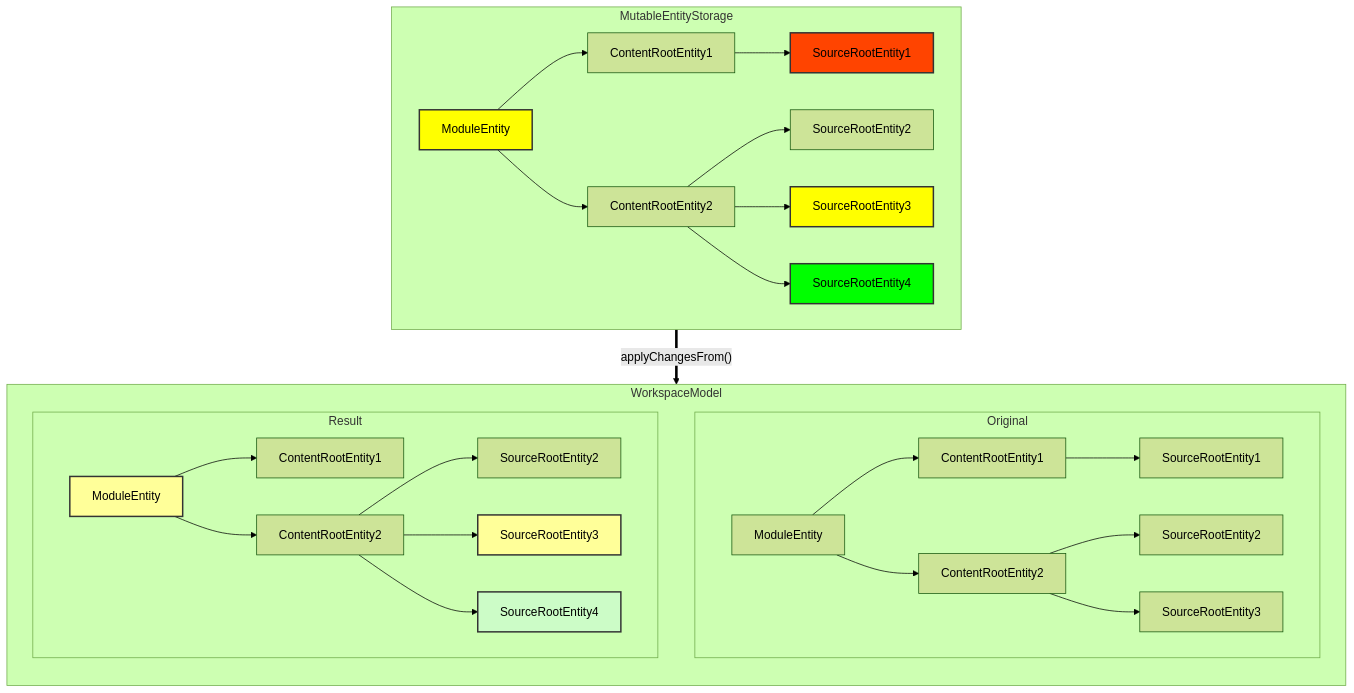
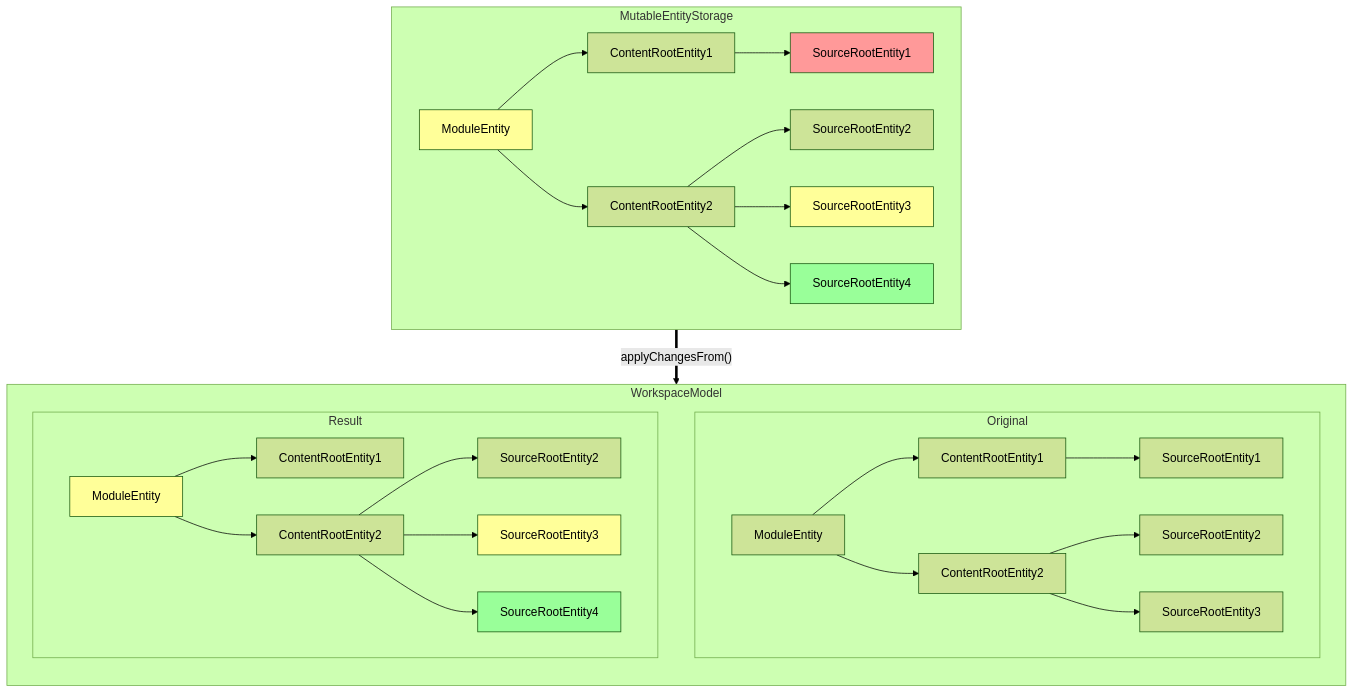
One commit to JetBrains/intellij-sdk-docs changed the first of 2 diagrams in topics/reference_guide/workspace_model/workspace_model_entity_mutation.md. Above: the diagram before and after it, drawn with Mermaid (forest theme). The commit also changed other lines of this file, not shown here.

Commit message:
workspace_model_entity_mutation.md: cleanup graphs

````diff
--- a/topics/reference_guide/workspace_model/workspace_model_entity_mutation.md
+++ b/topics/reference_guide/workspace_model/workspace_model_entity_mutation.md
@@ -136,53 +136,53 @@
 ```mermaid
 flowchart
     subgraph WorkspaceModel
         direction TB
         subgraph Original
             ModuleEntity --> ContentRootEntity1
             ModuleEntity --> ContentRootEntity2
             ContentRootEntity1 --> SourceRootEntity1
             ContentRootEntity2 --> SourceRootEntity2
             ContentRootEntity2 --> SourceRootEntity3
         end
 
         subgraph Result
             l[ModuleEntity]
             m[ContentRootEntity1]
             n[ContentRootEntity2]
             p[SourceRootEntity2]
             q[SourceRootEntity3]
             r[SourceRootEntity4]
             l --> m
             l --> n
             n --> p
             n --> q
             n --> r
-            style l fill: #FF9, stroke: #333, stroke-width: 2px
-            style q fill: #FF9, stroke: #333, stroke-width: 2px
-            style r fill: #CCFCC7, stroke: #333, stroke-width: 2px
+            style l fill: #FF9
+            style q fill: #FF9
+            style r fill: #9F9
         end
 
     end
 
     subgraph MutableEntityStorage
         a[ModuleEntity]
         b[ContentRootEntity1]
         d[ContentRootEntity2]
         c[SourceRootEntity1]
         e[SourceRootEntity2]
         k[SourceRootEntity3]
         f[SourceRootEntity4]
         a --> b
         a --> d
         b --> c
         d --> e
         d --> k
         d --> f
-        style c fill: #F40, stroke: #333, stroke-width: 2px
-        style a fill: #FF0, stroke: #333, stroke-width: 2px
-        style k fill: #FF0, stroke: #333, stroke-width: 2px
-        style f fill: #0F0, stroke: #333, stroke-width: 2px
+        style c fill: #F99
+        style a fill: #FF9
+        style k fill: #FF9
+        style f fill: #9F9
 
     end
   MutableEntityStorage ==  "applyChangesFrom()"  ==> Original
 ```
````
